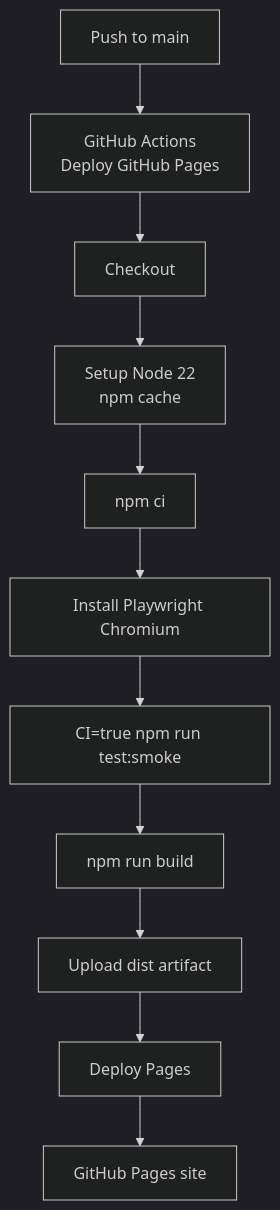
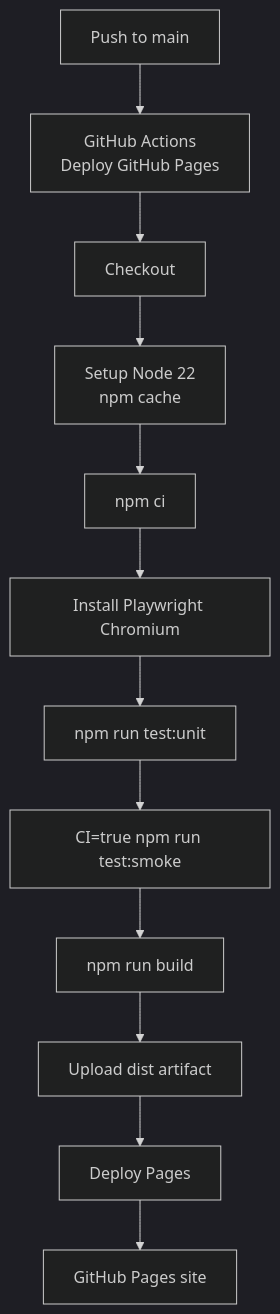
One commit to danysdragons/random-words changed diagram 14 of 14 in docs/architecture.md. Above: the diagram before and after it, drawn with Mermaid (dark theme). The commit also changed other lines of this file and 17 other files, not shown here.

````diff
--- a/docs/architecture.md
+++ b/docs/architecture.md
@@ -626,25 +627,27 @@
 ```mermaid
 flowchart TD
   Push["Push to main"]
   Actions["GitHub Actions<br/>Deploy GitHub Pages"]
   Checkout["Checkout"]
   Node["Setup Node 22<br/>npm cache"]
   Install["npm ci"]
   Browser["Install Playwright Chromium"]
+  Unit["npm run test:unit"]
   Smoke["CI=true npm run test:smoke"]
   Build["npm run build"]
   Upload["Upload dist artifact"]
   Deploy["Deploy Pages"]
   Pages["GitHub Pages site"]
 
   Push --> Actions
   Actions --> Checkout
   Checkout --> Node
   Node --> Install
   Install --> Browser
-  Browser --> Smoke
+  Browser --> Unit
+  Unit --> Smoke
   Smoke --> Build
   Build --> Upload
   Upload --> Deploy
   Deploy --> Pages
 ```
````
